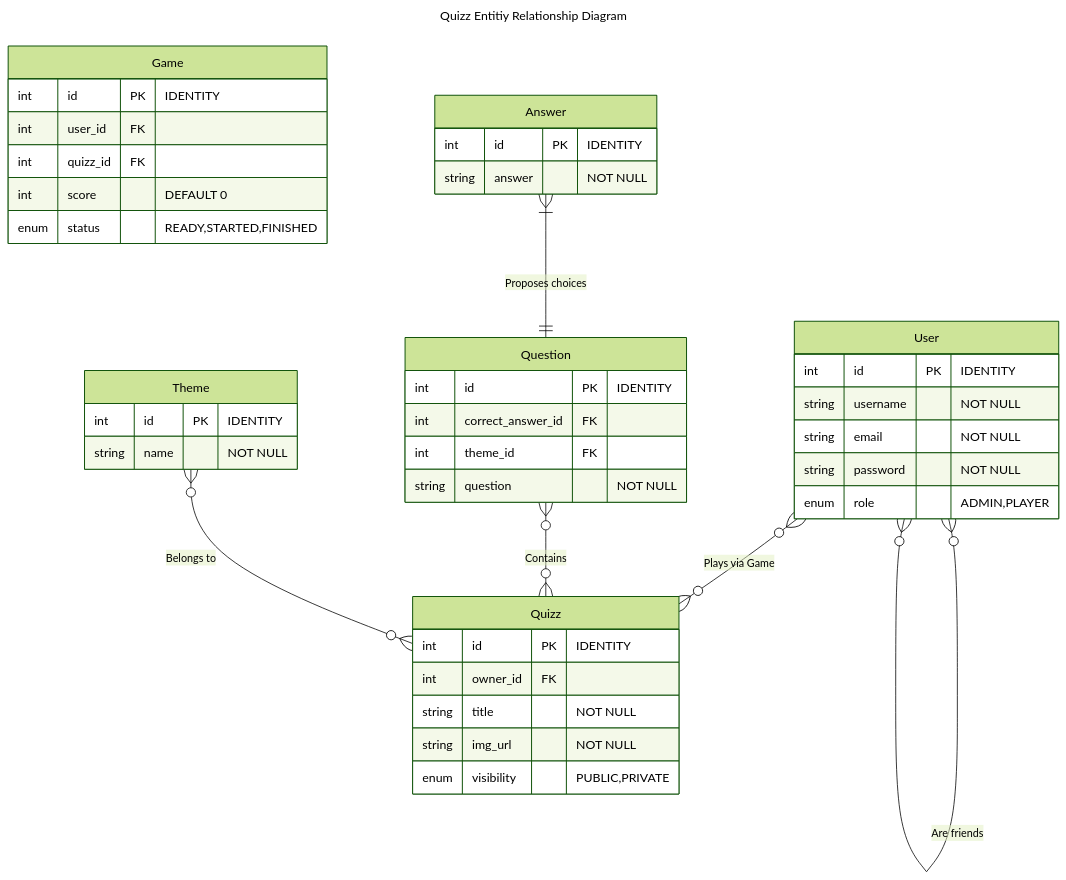
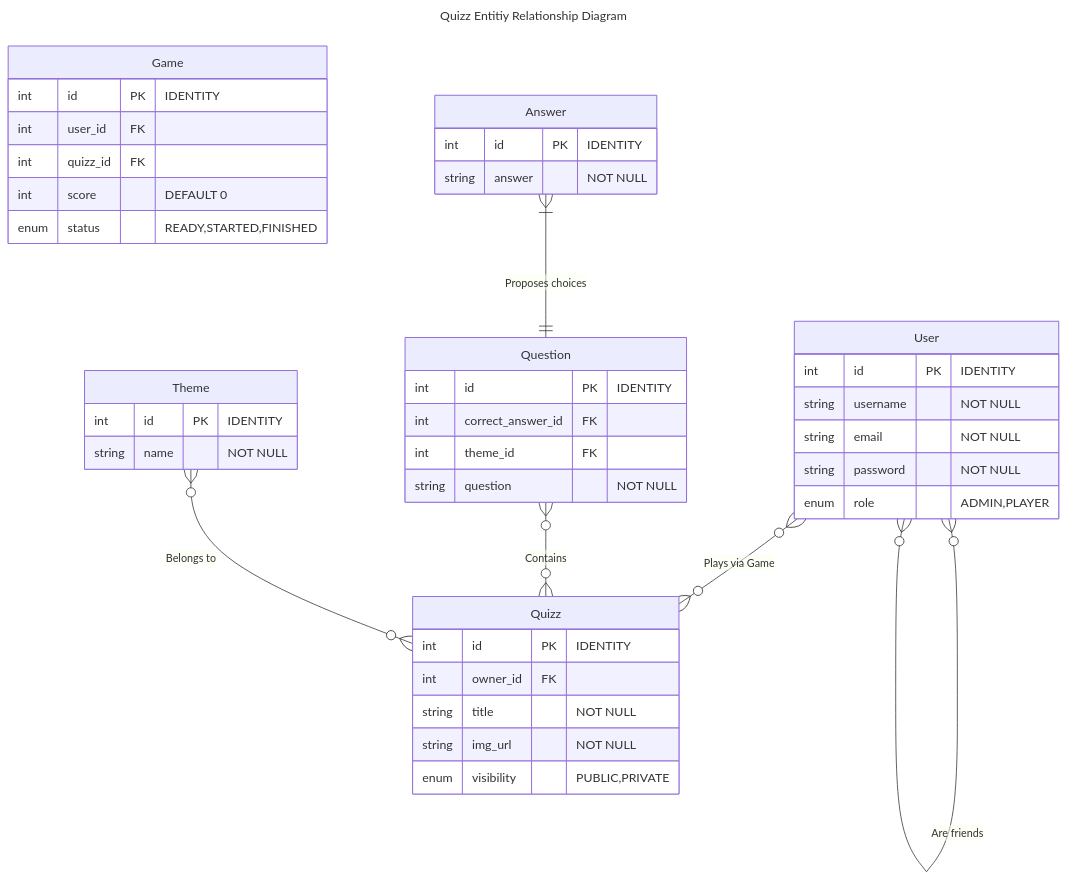
One commit to efemero-formation-fullstack/quizz changed the diagram in README.md. Above: the diagram before and after it, drawn with Mermaid.

Commit message:
change erm theme

````diff
--- a/README.md
+++ b/README.md
@@ -5,57 +5,55 @@
 ```mermaid
 ---
-config:
-  theme: 'forest'
 title: Quizz Entitiy Relationship Diagram
 ---
 
 erDiagram
 	User {
 		int id PK "IDENTITY"
 		string username "NOT NULL"
 		string email "NOT NULL"
 		string password "NOT NULL"
 		enum role "ADMIN,PLAYER"
 	}
 
     Quizz {
 		int id PK "IDENTITY"
         int owner_id FK
         string title "NOT NULL"
         string img_url "NOT NULL"
         enum visibility "PUBLIC,PRIVATE"
     }
 
 
     Game {
 		int id PK "IDENTITY"
         int user_id FK
         int quizz_id FK
         int score "DEFAULT 0"
         enum status "READY,STARTED,FINISHED"
         
     }
 
     Question {
 		int id PK "IDENTITY"
         int correct_answer_id FK
         int theme_id FK
         string question "NOT NULL"
     }
 
     Answer {
 		int id PK "IDENTITY"
         string answer "NOT NULL"
     }
 
     Theme {
 		int id PK "IDENTITY"
         string name "NOT NULL"
     }
 
 	User }o--o{ Quizz : "Plays via Game"
 	User }o--o{ User : "Are friends"
 	Question }o--o{ Quizz : "Contains"
 	Theme }o--o{ Quizz : "Belongs to"
 	Answer }|--|| Question : "Proposes choices"
 ```
````
